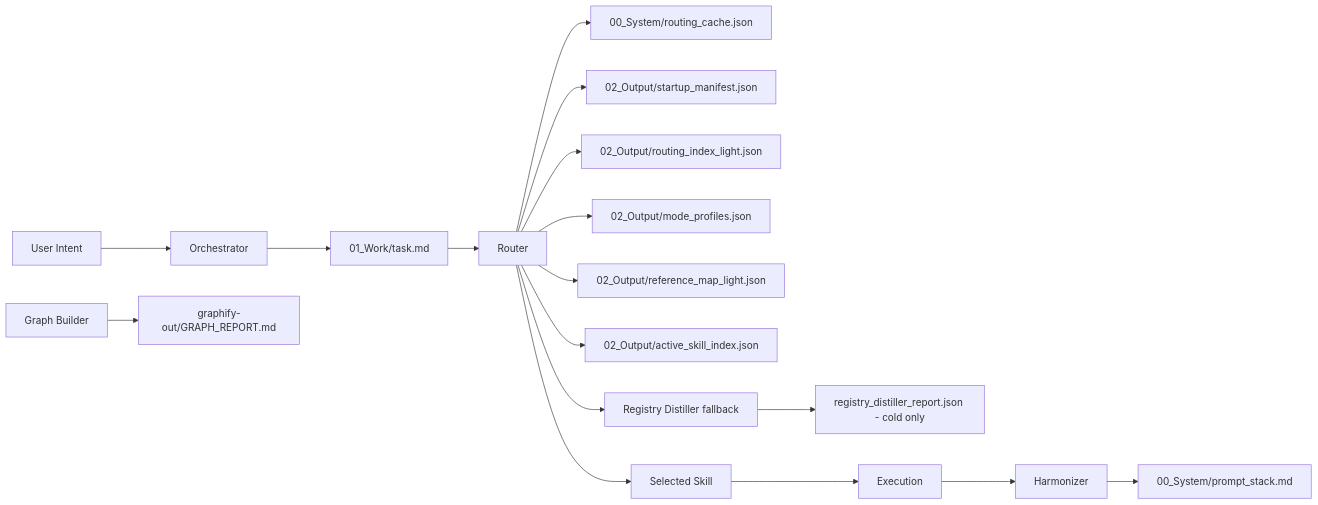
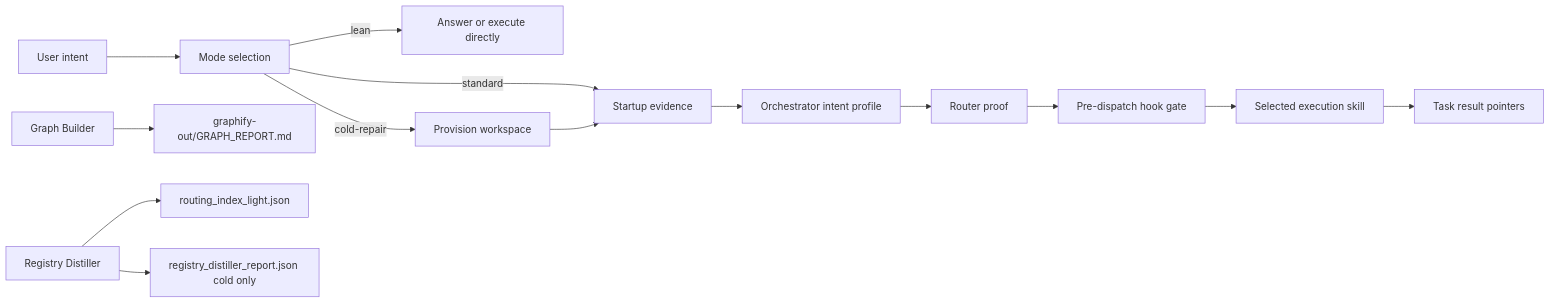
One commit to gumchee95/code-mosa-framework changed the diagram in README.md. Above: the diagram before and after it, drawn with Mermaid. The commit also changed other lines of this file, not shown here.

Commit message:
Refresh README for MOSA v3.5 lean mode

````diff
--- a/README.md
+++ b/README.md
@@ -37,19 +31,16 @@
 ```mermaid
 graph LR
-  U["User Intent"] --> O["Orchestrator"]
-  O --> T["01_Work/task.md"]
-  T --> R["Router"]
-  R --> C["00_System/routing_cache.json"]
-  R --> SM["02_Output/startup_manifest.json"]
-  R --> RI["02_Output/routing_index_light.json"]
-  R --> MP["02_Output/mode_profiles.json"]
-  R --> RM["02_Output/reference_map_light.json"]
-  R --> AS["02_Output/active_skill_index.json"]
-  R --> D["Registry Distiller fallback"]
-  D --> FR["registry_distiller_report.json - cold only"]
-  R --> S["Selected Skill"]
-  S --> W["Execution"]
-  W --> H["Harmonizer"]
-  H --> P["00_System/prompt_stack.md"]
+  U["User intent"] --> M["Mode selection"]
+  M -->|"lean"| L["Answer or execute directly"]
+  M -->|"standard"| S["Startup evidence"]
+  M -->|"cold-repair"| P["Provision workspace"]
+  P --> S
+  S --> O["Orchestrator intent profile"]
+  O --> R["Router proof"]
+  R --> H["Pre-dispatch hook gate"]
+  H --> E["Selected execution skill"]
+  E --> T["Task result pointers"]
   G["Graph Builder"] --> GR["graphify-out/GRAPH_REPORT.md"]
+  D["Registry Distiller"] --> RI["routing_index_light.json"]
+  D --> FR["registry_distiller_report.json cold only"]
 ```
````
